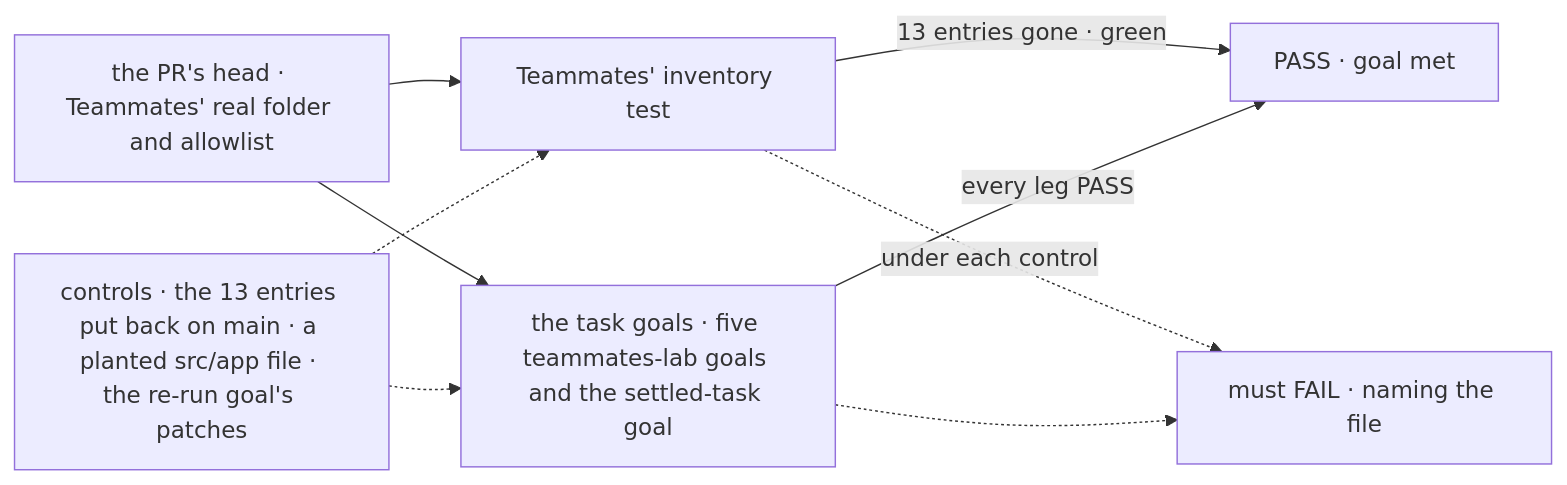
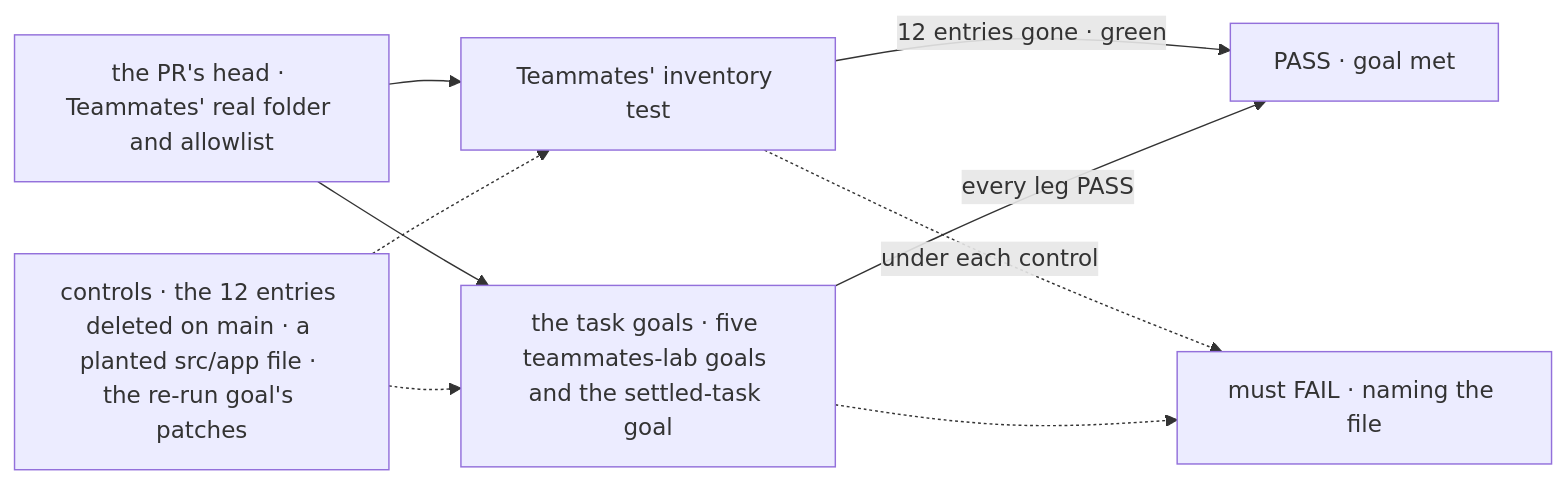
Before and after one commit to fixpoint-labs/flow-state-dev: the first of 2 diagrams in specs/issues/FIX-2773/SPEC.md, drawn with Mermaid. The commit also changed other lines of this file and 3 other files, not shown here.

First line of the commit message:
spec(FIX-2773): B1 decided, the goal is the 12 src/app entries

````diff
--- a/specs/issues/FIX-2773/SPEC.md
+++ b/specs/issues/FIX-2773/SPEC.md
@@ -29,11 +30,11 @@
 ```mermaid
 flowchart LR
   H["the PR's head · Teammates' real folder and allowlist"] --> I["Teammates' inventory test"]
   H --> G["the task goals · five teammates-lab goals and the settled-task goal"]
-  I -->|"13 entries gone · green"| P["PASS · goal met"]
+  I -->|"12 entries gone · green"| P["PASS · goal met"]
   G -->|"every leg PASS"| P
-  C["controls · the 13 entries put back on main · a planted src/app file · the re-run goal's patches"] -.-> I
+  C["controls · the 12 entries deleted on main · a planted src/app file · the re-run goal's patches"] -.-> I
   C -.-> G
   I -.->|"under each control"| F["must FAIL · naming the file"]
   G -.-> F
 ```
````
